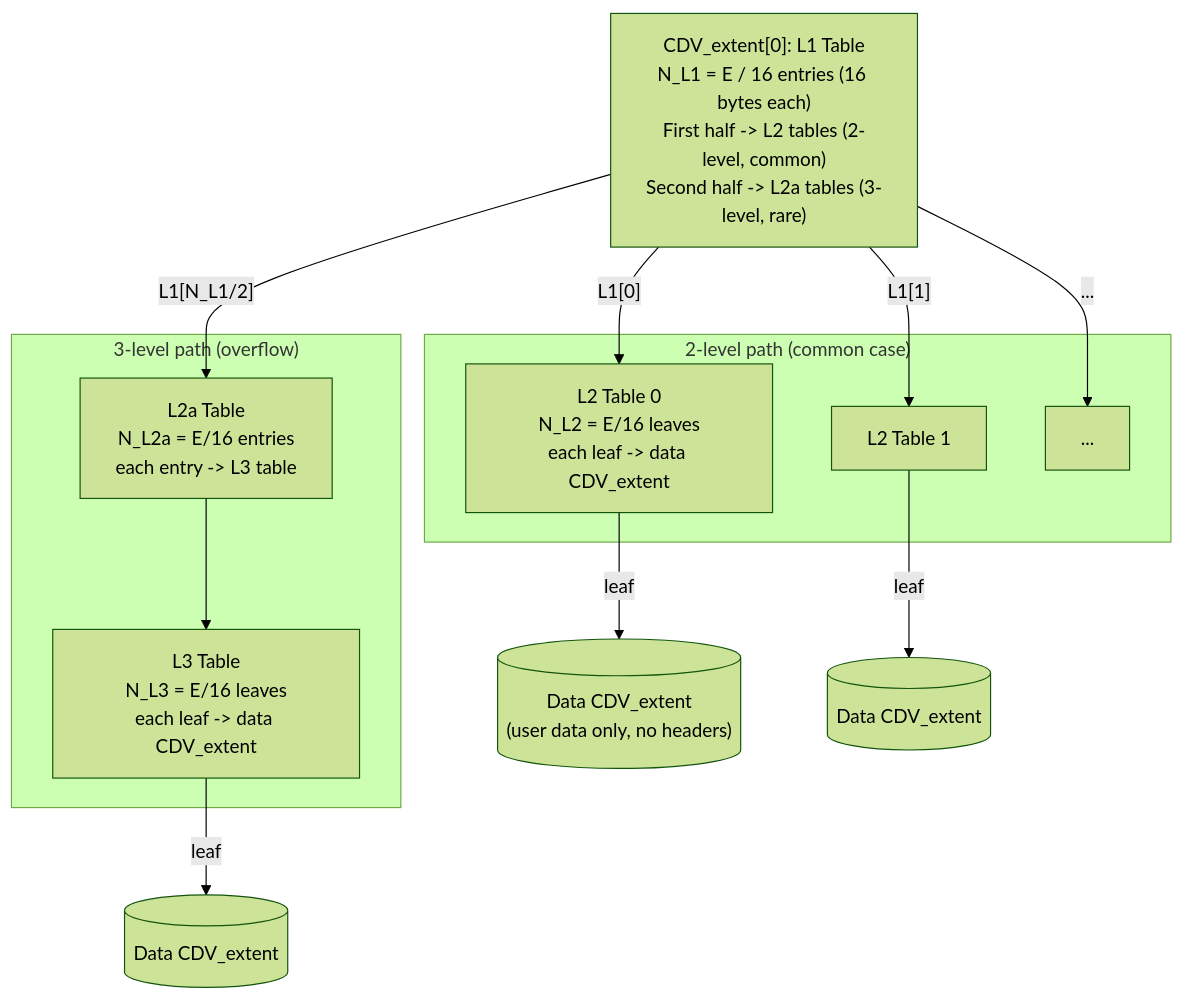
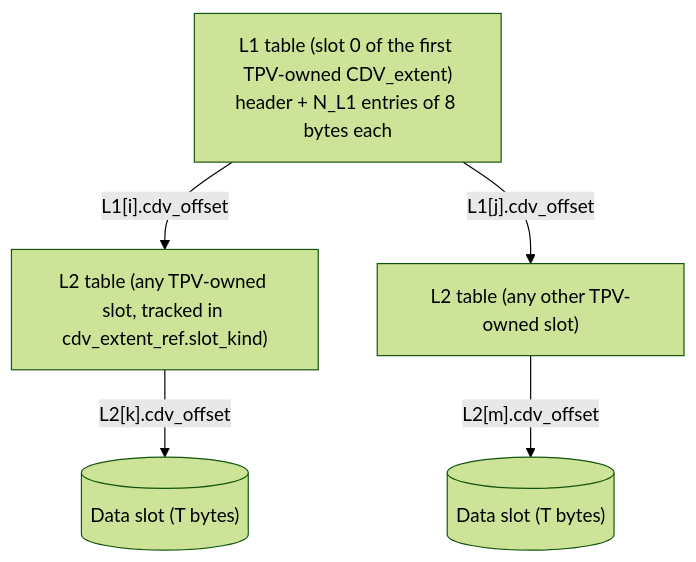
Before and after one commit to NVIDIA/nvmesh-kernel: the seventh of 9 diagrams in design/ThinProvisioningImplementation.md, drawn with Mermaid (forest theme). The commit also changed other lines of this file, not shown here.

Commit message:
[NVMESH-8529] docs (Block): rewrite TPV L1/L2 persistence section for dynamic L2 placement and 8-byte tree entries

````diff
--- a/design/ThinProvisioningImplementation.md
+++ b/design/ThinProvisioningImplementation.md
@@ -865,28 +938,13 @@
 ```mermaid
 graph TD
-    L1["CDV_extent[0]: L1 Table\nN_L1 = E / 16 entries (16 bytes each)\nFirst half -> L2 tables (2-level, common)\nSecond half -> L2a tables (3-level, rare)"]
+    L1["L1 table (slot 0 of the first TPV-owned CDV_extent)\nheader + N_L1 entries of 8 bytes each"]
+    L2_a["L2 table (any TPV-owned slot, tracked in cdv_extent_ref.slot_kind)"]
+    L2_b["L2 table (any other TPV-owned slot)"]
+    DATA_a[("Data slot (T bytes)")]
+    DATA_b[("Data slot (T bytes)")]
 
-    subgraph two_level["2-level path (common case)"]
-        L2_0["L2 Table 0\nN_L2 = E/16 leaves\neach leaf -> data CDV_extent"]
-        L2_1["L2 Table 1"]
-        L2_dots["..."]
-    end
-
-    subgraph three_level["3-level path (overflow)"]
-        L2a["L2a Table\nN_L2a = E/16 entries\neach entry -> L3 table"]
-        L3["L3 Table\nN_L3 = E/16 leaves\neach leaf -> data CDV_extent"]
-    end
-
-    DATA1[("Data CDV_extent\n(user data only, no headers)")]
-    DATA2[("Data CDV_extent")]
-    DATA3[("Data CDV_extent")]
-
-    L1 -->|"L1[0]"| L2_0
-    L1 -->|"L1[1]"| L2_1
-    L1 -->|"..."| L2_dots
-    L1 -->|"L1[N_L1/2]"| L2a
-    L2a --> L3
-    L2_0 -->|"leaf"| DATA1
-    L2_1 -->|"leaf"| DATA2
-    L3 -->|"leaf"| DATA3
+    L1 -->|"L1[i].cdv_offset"| L2_a
+    L1 -->|"L1[j].cdv_offset"| L2_b
+    L2_a -->|"L2[k].cdv_offset"| DATA_a
+    L2_b -->|"L2[m].cdv_offset"| DATA_b
 ```
````
